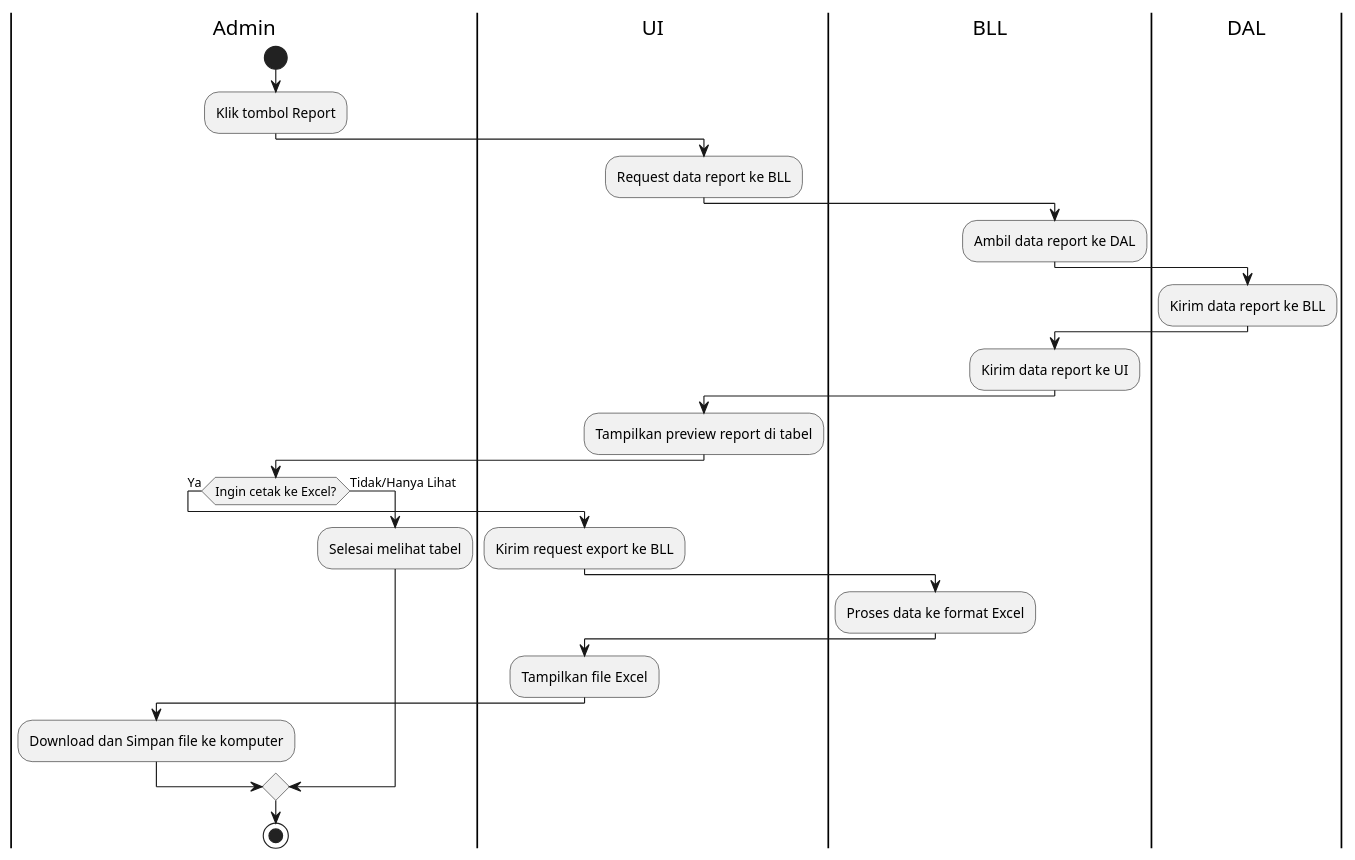
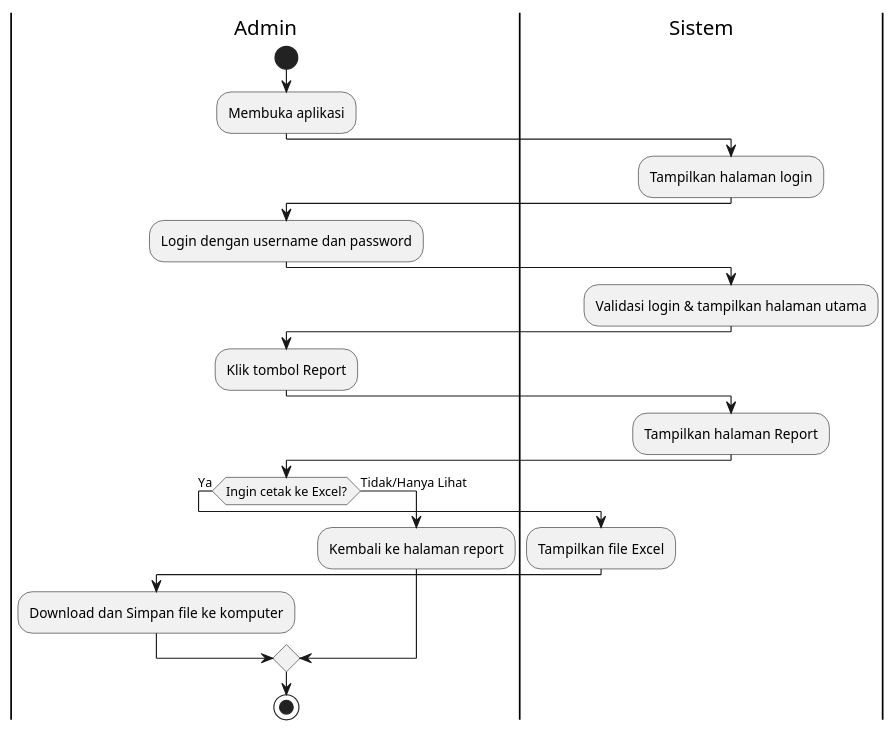
The diagram in Activity Diagram/activityReport.puml (Fannandya/diagramPABD), drawn with PlantUML before and after one commit.

Commit message:
mengganti activity report

```diff
--- a/Activity Diagram/activityReport.puml
+++ b/Activity Diagram/activityReport.puml
@@ -1,37 +1,28 @@
 @startuml activityReport
 |Admin|
 start
+:Membuka aplikasi;
+|Sistem|
+:Tampilkan halaman login;
+|Admin|
+:Login dengan username dan password;
+|Sistem|
+:Validasi login & tampilkan halaman utama;
+|Admin|
 :Klik tombol Report;
-
-|UI|
-:Request data report ke BLL;
-
-|BLL|
-:Ambil data report ke DAL;
-
-|DAL|
-:Kirim data report ke BLL;
-
-|BLL|
-:Kirim data report ke UI;
-
-|UI|
-:Tampilkan preview report di tabel;
+|Sistem|
+:Tampilkan halaman Report;
 
 |Admin|
 if (Ingin cetak ke Excel?) then (Ya)
-  |UI|
-  :Kirim request export ke BLL;
-  |BLL|
-  :Proses data ke format Excel;
-  |UI|
+  |Sistem|
   :Tampilkan file Excel;
   |Admin|
   :Download dan Simpan file ke komputer;
 else (Tidak/Hanya Lihat)
   |Admin|
-  :Selesai melihat tabel;
+  :Kembali ke halaman report;
 endif
 
 stop
 @enduml
```
